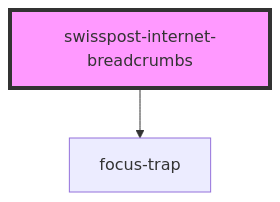
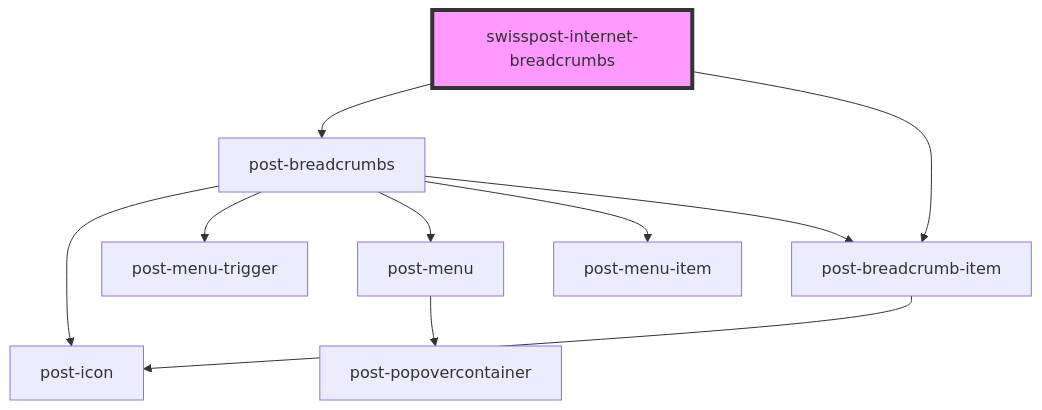
The diagram in packages/internet-header/src/components/post-internet-breadcrumbs/readme.md (swisspost/design-system), drawn with Mermaid before and after one commit. The commit also changed other lines of this file and 29 other files, not shown here.

Commit message:
feat(internet-header): update breadcrumb to the new config

````diff
--- a/packages/internet-header/src/components/post-internet-breadcrumbs/readme.md
+++ b/packages/internet-header/src/components/post-internet-breadcrumbs/readme.md
@@ -40,5 +21,13 @@
 ```mermaid
 graph TD;
-  swisspost-internet-breadcrumbs --> focus-trap
+  swisspost-internet-breadcrumbs --> post-breadcrumbs
+  swisspost-internet-breadcrumbs --> post-breadcrumb-item
+  post-breadcrumbs --> post-icon
+  post-breadcrumbs --> post-menu-trigger
+  post-breadcrumbs --> post-menu
+  post-breadcrumbs --> post-menu-item
+  post-breadcrumbs --> post-breadcrumb-item
+  post-menu --> post-popovercontainer
+  post-breadcrumb-item --> post-icon
   style swisspost-internet-breadcrumbs fill:#f9f,stroke:#333,stroke-width:4px
 ```
````
